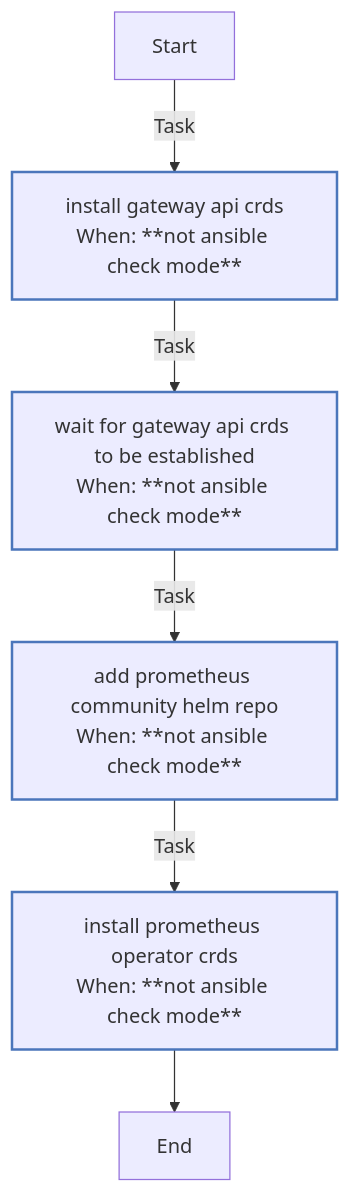
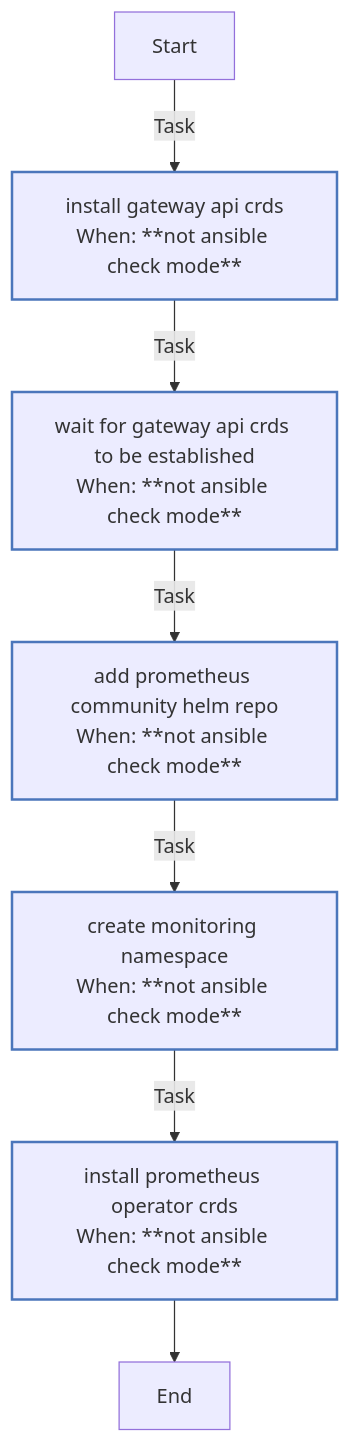
Before and after one commit to rou-cru/k3s-homelab: the diagram in roles/crds_bootstrap/README.md, drawn with Mermaid. The commit also changed other lines of this file and 42 other files, not shown here.

````diff
--- a/roles/crds_bootstrap/README.md
+++ b/roles/crds_bootstrap/README.md
@@ -98,18 +101,19 @@
 ```mermaid
 flowchart TD
 Start
 classDef block stroke:#3498db,stroke-width:2px;
 classDef task stroke:#4b76bb,stroke-width:2px;
 classDef includeTasks stroke:#16a085,stroke-width:2px;
 classDef importTasks stroke:#34495e,stroke-width:2px;
 classDef includeRole stroke:#2980b9,stroke-width:2px;
 classDef importRole stroke:#699ba7,stroke-width:2px;
 classDef includeVars stroke:#8e44ad,stroke-width:2px;
 classDef rescue stroke:#665352,stroke-width:2px;
 
   Start-->|Task| Install_Gateway_API_CRDs0[install gateway api crds<br>When: **not ansible check mode**]:::task
   Install_Gateway_API_CRDs0-->|Task| Wait_for_Gateway_API_CRDs_to_be_established1[wait for gateway api crds to be established<br>When: **not ansible check mode**]:::task
   Wait_for_Gateway_API_CRDs_to_be_established1-->|Task| Add_Prometheus_Community_Helm_repo2[add prometheus community helm repo<br>When: **not ansible check mode**]:::task
-  Add_Prometheus_Community_Helm_repo2-->|Task| Install_Prometheus_Operator_CRDs3[install prometheus operator crds<br>When: **not ansible check mode**]:::task
-  Install_Prometheus_Operator_CRDs3-->End
+  Add_Prometheus_Community_Helm_repo2-->|Task| Create_monitoring_namespace3[create monitoring namespace<br>When: **not ansible check mode**]:::task
+  Create_monitoring_namespace3-->|Task| Install_Prometheus_Operator_CRDs4[install prometheus operator crds<br>When: **not ansible check mode**]:::task
+  Install_Prometheus_Operator_CRDs4-->End
 ```
````
